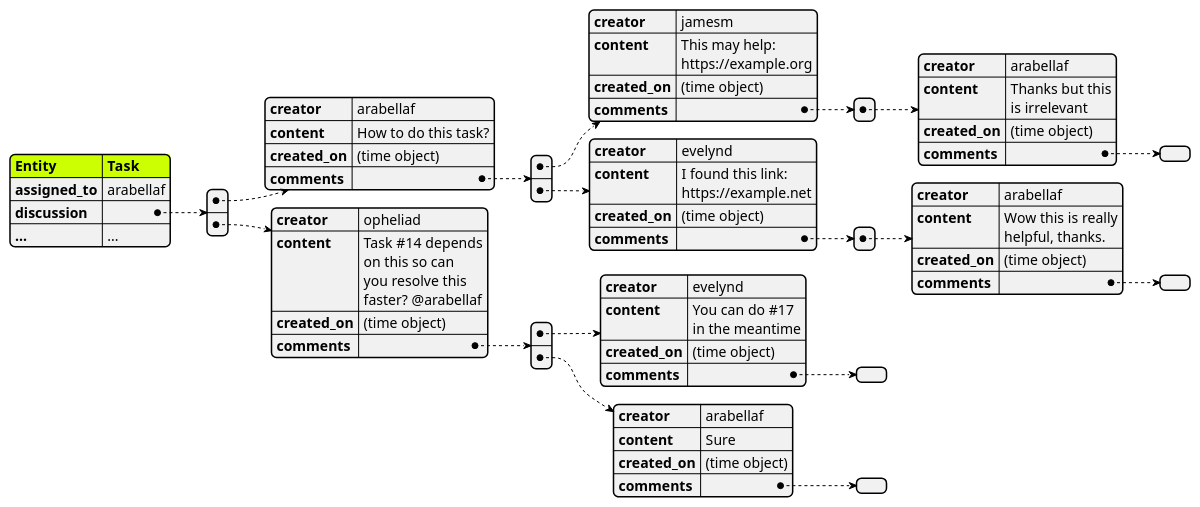
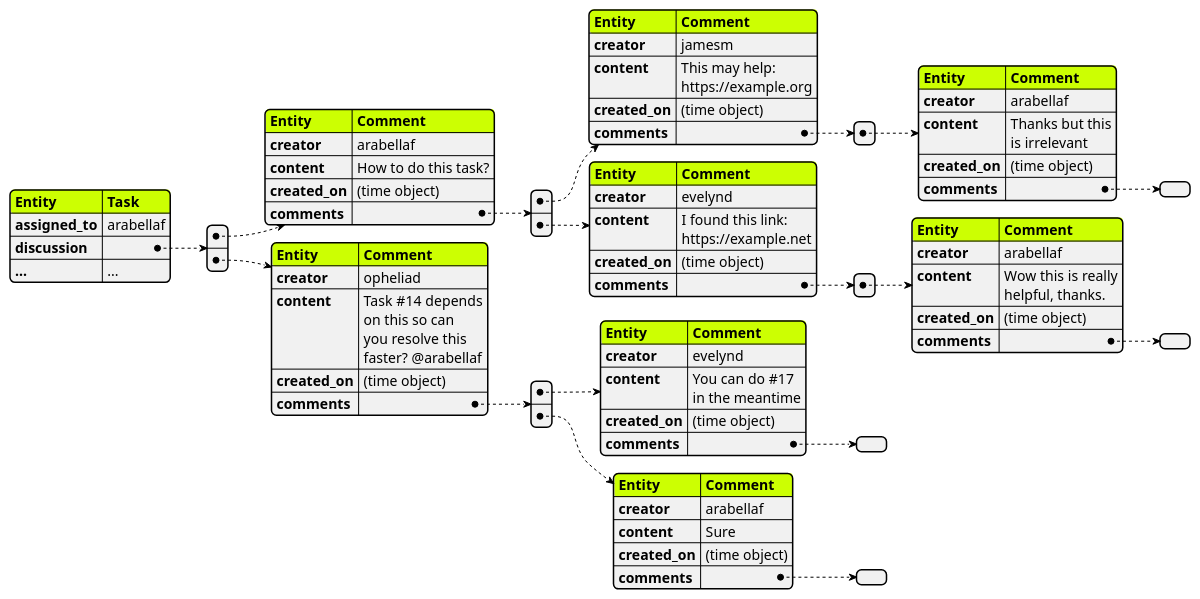
The diagram in docs/source/meth/database/tables/images/discussion.puml (Huy-Ngo/acanban), drawn with PlantUML before and after one commit. The commit also changed 15 other files, not shown here.

```diff
--- a/docs/source/meth/database/tables/images/discussion.puml
+++ b/docs/source/meth/database/tables/images/discussion.puml
@@ -1,62 +1,78 @@
 @startjson
 #highlight "**Entity**"
+#highlight "discussion" / "0" / "**Entity**"
+#highlight "discussion" / "1" / "**Entity**"
+#highlight "discussion" / "0" / "comments" / "0" / "**Entity**"
+#highlight "discussion" / "0" / "comments" / "1" / "**Entity**"
+#highlight "discussion" / "0" / "comments" / "0" / "comments" / "0" / "**Entity**"
+#highlight "discussion" / "0" / "comments" / "1" / "comments" / "0" / "**Entity**"
+#highlight "discussion" / "1" / "comments" / "0" / "**Entity**"
+#highlight "discussion" / "1" / "comments" / "1" / "**Entity**"
 {
   "**Entity**": "**Task**",
   "assigned_to": "arabellaf",
   "discussion": [
     {
+      "**Entity**": "**Comment**",
       "creator": "arabellaf",
       "content": "How to do this task?",
       "created_on": "(time object)",
       "comments": [
         {
+          "**Entity**": "**Comment**",
           "creator": "jamesm",
           "content": "This may help:\\nhttps://example.org",
           "created_on": "(time object)",
           "comments": [
             {
+              "**Entity**": "**Comment**",
               "creator": "arabellaf",
               "content": "Thanks but this\\nis irrelevant",
               "created_on": "(time object)",
               "comments": []
             }
           ]
         },
         {
+          "**Entity**": "**Comment**",
           "creator": "evelynd",
           "content": "I found this link:\\nhttps://example.net",
           "created_on": "(time object)",
           "comments": [
             {
+              "**Entity**": "**Comment**",
               "creator": "arabellaf",
               "content": "Wow this is really\\nhelpful, thanks.",
               "created_on": "(time object)",
               "comments": []
             }
           ]
         }
       ]
     },
     {
+      "**Entity**": "**Comment**",
       "creator": "opheliad",
       "content": "Task #14 depends\\non this so can\\nyou resolve this\\nfaster? @arabellaf",
       "created_on": "(time object)",
       "comments": [
         {
+          "**Entity**": "**Comment**",
           "creator": "evelynd",
           "content": "You can do #17\\nin the meantime",
           "created_on": "(time object)",
           "comments": []
         },
 	{
+          "**Entity**": "**Comment**",
 	  "creator": "arabellaf",
 	  "content": "Sure",
 	  "created_on": "(time object)",
 	  "comments": []
 	}
       ]
     }
   ],
   "...": "..."
 }
 @endjson
```
